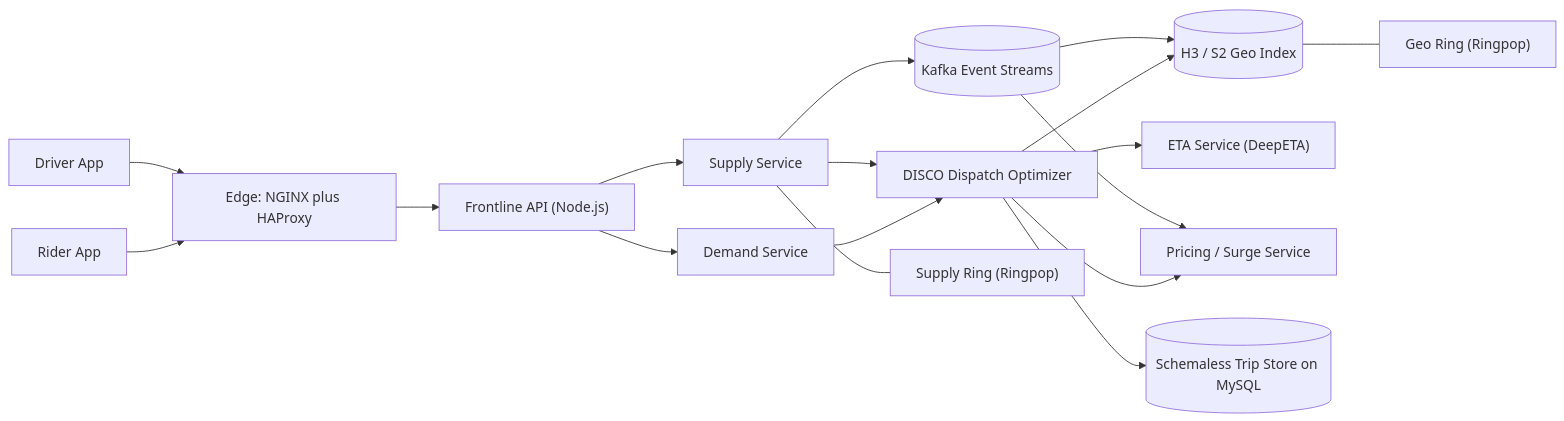
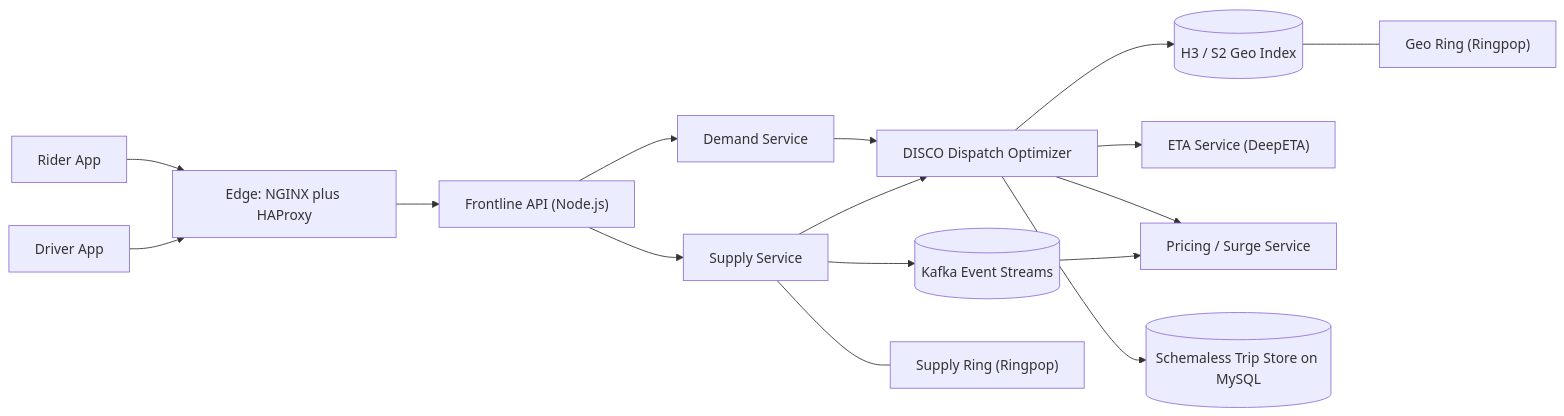
Before and after one commit to alwin-verus/big-tech-system-design: the first of 7 diagrams in companies/uber.md, drawn with Mermaid. The commit also changed other lines of this file and 56 other files, not shown here.

````diff
--- a/companies/uber.md
+++ b/companies/uber.md
@@ -218,34 +333,33 @@
 ```mermaid
 flowchart LR
   RiderApp["Rider App"]
   DriverApp["Driver App"]
   Edge["Edge: NGINX plus HAProxy"]
   Frontline["Frontline API (Node.js)"]
   Demand["Demand Service"]
   Supply["Supply Service"]
   Disco["DISCO Dispatch Optimizer"]
   GeoIndex[("H3 / S2 Geo Index")]
   ETASvc["ETA Service (DeepETA)"]
   Pricing["Pricing / Surge Service"]
   Kafka[("Kafka Event Streams")]
   TripStore[("Schemaless Trip Store on MySQL")]
   SupplyRing["Supply Ring (Ringpop)"]
   GeoRing["Geo Ring (Ringpop)"]
 
   RiderApp --> Edge
   DriverApp --> Edge
   Edge --> Frontline
   Frontline --> Demand
   Frontline --> Supply
   Demand --> Disco
   Supply --> Disco
   Disco --> GeoIndex
   Disco --> ETASvc
   Disco --> Pricing
   Supply --> Kafka
-  Kafka --> GeoIndex
   Kafka --> Pricing
   Disco --> TripStore
   Supply --- SupplyRing
   GeoIndex --- GeoRing
 ```
````
